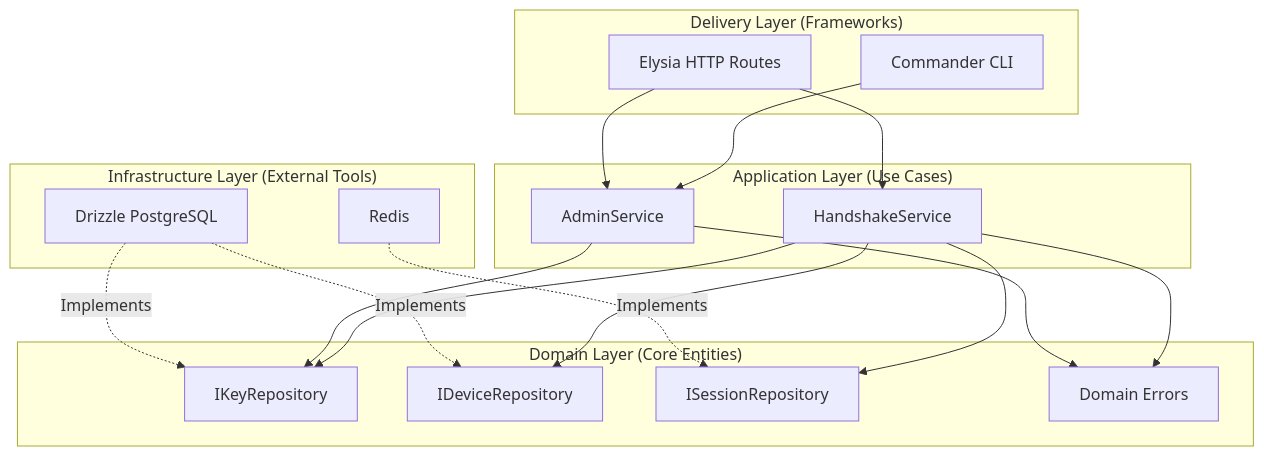
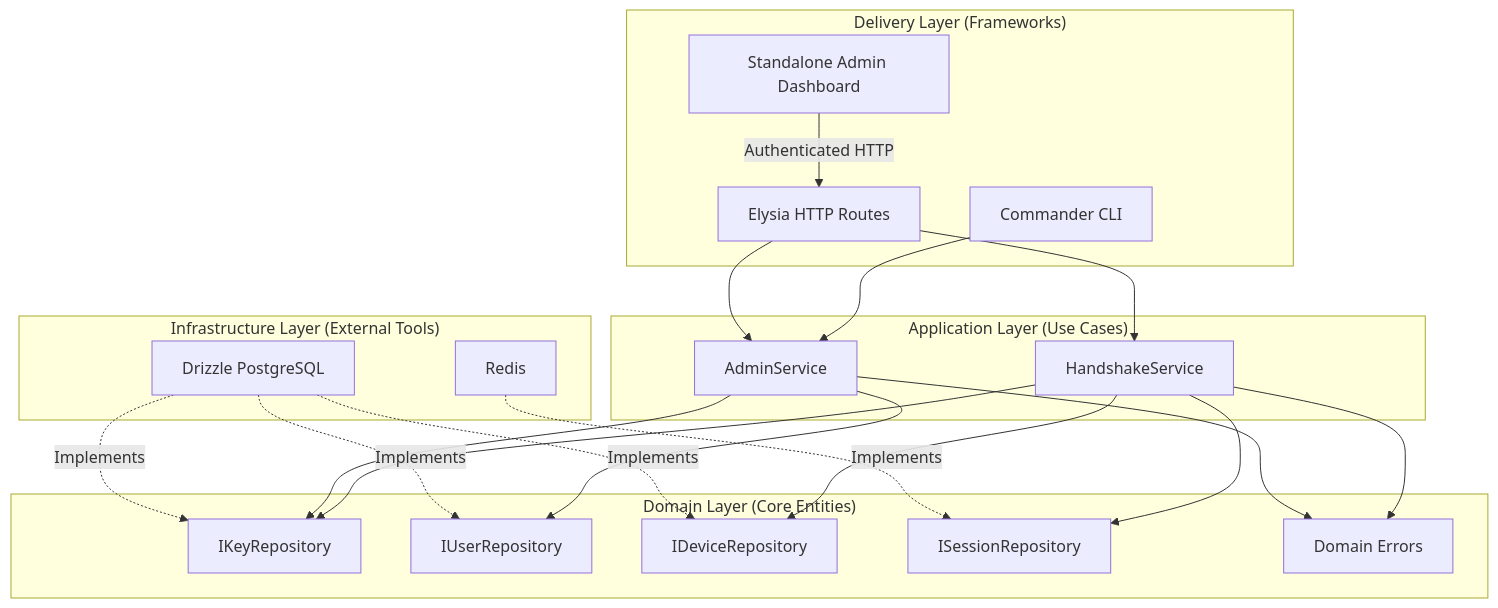
One commit to lilsnibbi/Keyzori changed the diagram in docs/architecture.md. Above: the diagram before and after it, drawn with Mermaid. The commit also changed other lines of this file and 49 other files, not shown here.

First line of the commit message:
feat: add standalone admin dashboard (#18)

````diff
--- a/docs/architecture.md
+++ b/docs/architecture.md
@@ -7,39 +7,44 @@
 ```mermaid
 graph TD
     subgraph "Delivery Layer (Frameworks)"
+        W[Standalone Admin Dashboard]
         E[Elysia HTTP Routes]
         C[Commander CLI]
     end
 
     subgraph "Infrastructure Layer (External Tools)"
         P[Drizzle PostgreSQL]
         R[Redis]
     end
 
     subgraph "Application Layer (Use Cases)"
         AS[AdminService]
         HS[HandshakeService]
     end
 
     subgraph "Domain Layer (Core Entities)"
         K[IKeyRepository]
+        U[IUserRepository]
         D[IDeviceRepository]
         S[ISessionRepository]
         E2[Domain Errors]
     end
 
+    W -->|Authenticated HTTP| E
     E --> AS
     E --> HS
     C --> AS
 
     P -.->|Implements| K
+    P -.->|Implements| U
     P -.->|Implements| D
     R -.->|Implements| S
 
     AS --> K
+    AS --> U
     HS --> K
     HS --> D
     HS --> S
     AS --> E2
     HS --> E2
 ```
````
